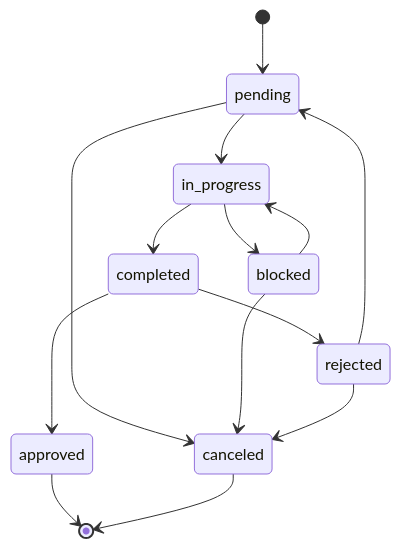
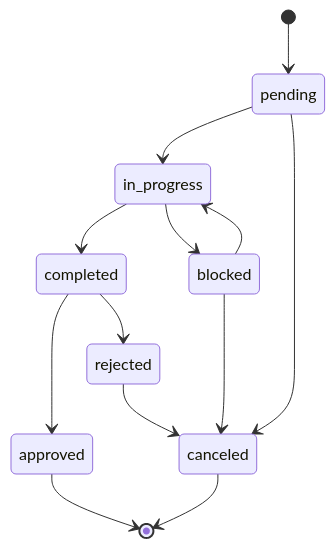
Before and after one commit to simonvanlaak/CyberneticAgents: the first of 3 diagrams in docs/features/planned/task_flow.md, drawn with Mermaid. The commit also changed other lines of this file, not shown here.

Commit message:
docs: finalize task flow specification (#66)

````diff
--- a/docs/features/planned/task_flow.md
+++ b/docs/features/planned/task_flow.md
@@ -22,21 +22,20 @@
 ```mermaid
 stateDiagram-v2
     [*] --> pending
     pending --> in_progress
     pending --> canceled
 
     in_progress --> completed
     in_progress --> blocked
 
     blocked --> in_progress
     blocked --> canceled
 
     completed --> approved
     completed --> rejected
 
-    rejected --> pending
     rejected --> canceled
 
     approved --> [*]
     canceled --> [*]
 ```
````
